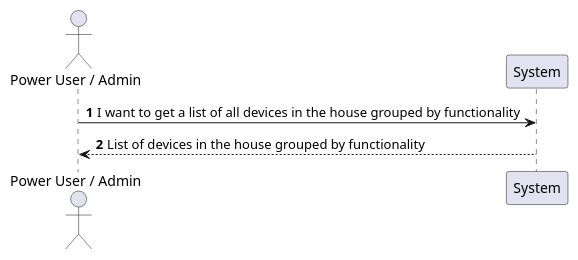
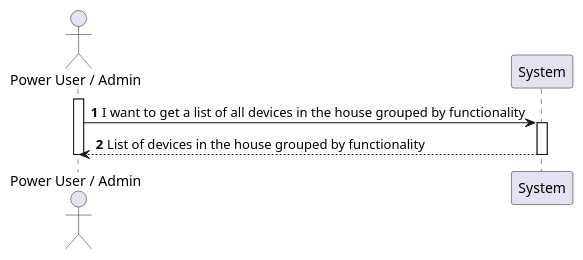
Before and after one commit to olivDiogo/SmartHome: the diagram in docs/useCases/uc09_toGroupAllDevicesByFunctionality/artifacts/uc09_SSD.puml, drawn with PlantUML. The commit also changed 23 other files, not shown here.

```diff
--- a/docs/useCases/uc09_toGroupAllDevicesByFunctionality/artifacts/uc09_SSD.puml
+++ b/docs/useCases/uc09_toGroupAllDevicesByFunctionality/artifacts/uc09_SSD.puml
@@ -1,13 +1,16 @@
 @startuml
 'https://plantuml.com/sequence-diagram
 actor "Power User / Admin" as PU
 
 participant "System" as System
 
 autonumber
 
+activate PU
 PU -> System: I want to get a list of all devices in the house grouped by functionality
+activate System
 System --> PU: List of devices in the house grouped by functionality
-
+deactivate System
+deactivate PU
 
 @enduml
```
